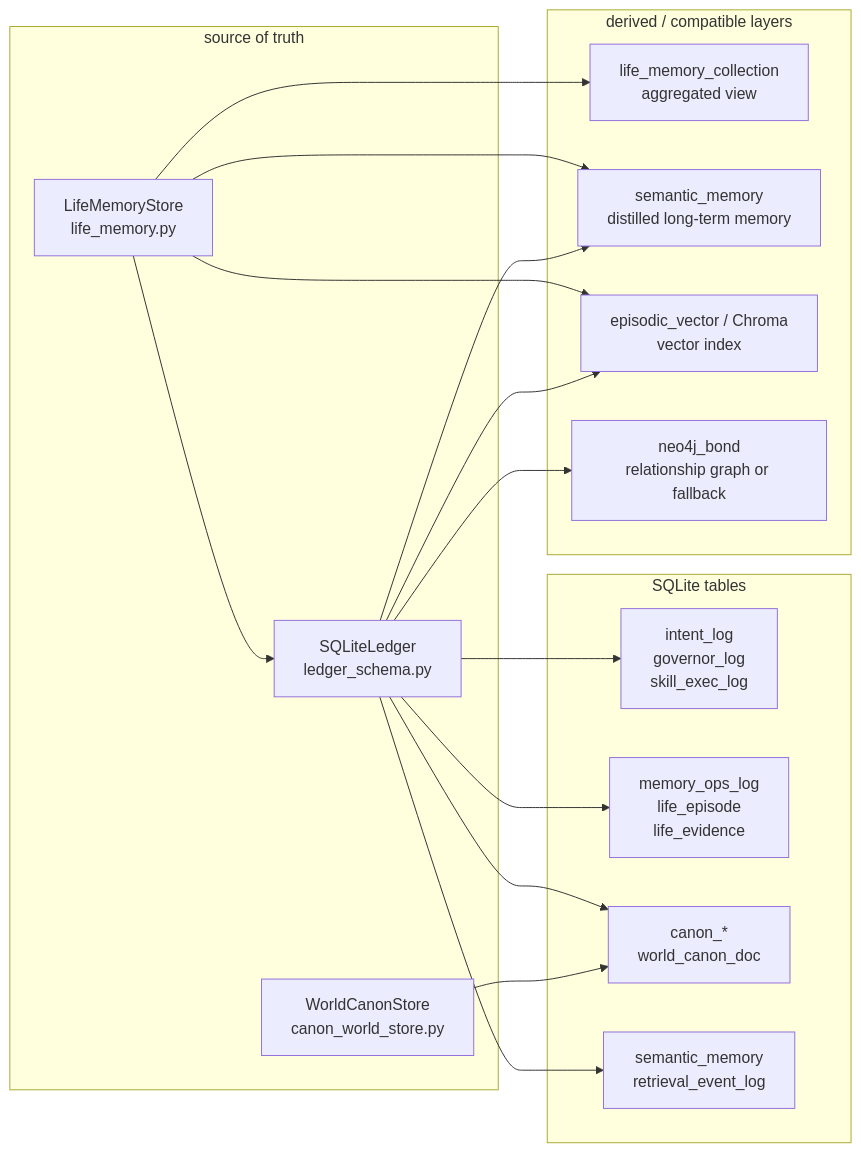
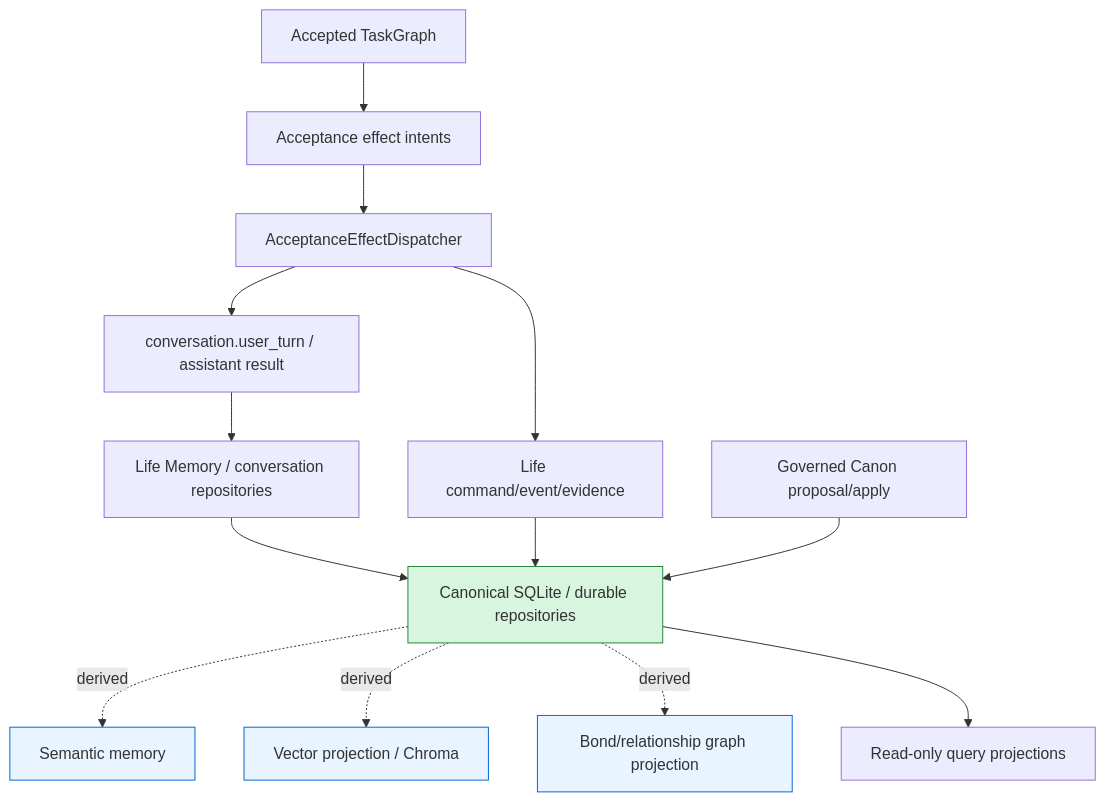
One commit to SakuraYoruno/Natsume_Ai changed the first of 4 diagrams in docs/50_project/arch/diagrams/03_dataflow_recall.md. Above: the diagram before and after it, drawn with Mermaid. The commit also changed other lines of this file and 57 other files, not shown here.

````diff
--- a/docs/50_project/arch/diagrams/03_dataflow_recall.md
+++ b/docs/50_project/arch/diagrams/03_dataflow_recall.md
@@ -66,35 +13,29 @@
 ```mermaid
-flowchart LR
-    subgraph Truth["source of truth"]
-        LEDGER["SQLiteLedger<br/>ledger_schema.py"]
-        LM["LifeMemoryStore<br/>life_memory.py"]
-        WC["WorldCanonStore<br/>canon_world_store.py"]
-    end
+flowchart TD
+    ACCEPT["Accepted TaskGraph"]
+    INTENTS["Acceptance effect intents"]
+    DISP["AcceptanceEffectDispatcher"]
+    TURN["conversation.user_turn / assistant result"]
+    LIFE["Life command/event/evidence"]
+    MEM["Life Memory / conversation repositories"]
+    CANON["Governed Canon proposal/apply"]
+    LEDGER["Canonical SQLite / durable repositories"]
+    SEM["Semantic memory"]
+    VEC["Vector projection / Chroma"]
+    GRAPH["Bond/relationship graph projection"]
+    QUERY["Read-only query projections"]
 
-    subgraph LedgerTables["SQLite tables"]
-        TL1["intent_log<br/>governor_log<br/>skill_exec_log"]
-        TL2["memory_ops_log<br/>life_episode<br/>life_evidence"]
-        TL3["canon_*<br/>world_canon_doc"]
-        TL4["semantic_memory<br/>retrieval_event_log"]
-    end
+    ACCEPT --> INTENTS --> DISP
+    DISP --> TURN --> MEM --> LEDGER
+    DISP --> LIFE --> LEDGER
+    CANON --> LEDGER
+    LEDGER -."derived".-> SEM
+    LEDGER -."derived".-> VEC
+    LEDGER -."derived".-> GRAPH
+    LEDGER --> QUERY
 
-    subgraph Derived["derived / compatible layers"]
-        LMC["life_memory_collection<br/>aggregated view"]
-        SEM["semantic_memory<br/>distilled long-term memory"]
-        VEC["episodic_vector / Chroma<br/>vector index"]
-        BOND["neo4j_bond<br/>relationship graph or fallback"]
-    end
-
-    LEDGER --> TL1
-    LEDGER --> TL2
-    LEDGER --> TL3
-    LEDGER --> TL4
-    LM --> LEDGER
-    LM --> LMC
-    LM --> SEM
-    LM --> VEC
-    LEDGER --> SEM
-    LEDGER --> VEC
-    LEDGER --> BOND
-    WC --> TL3
+    style LEDGER fill:#d7f5df,stroke:#22863a
+    style SEM fill:#e8f4ff,stroke:#0366d6
+    style VEC fill:#e8f4ff,stroke:#0366d6
+    style GRAPH fill:#e8f4ff,stroke:#0366d6
 ```
````
